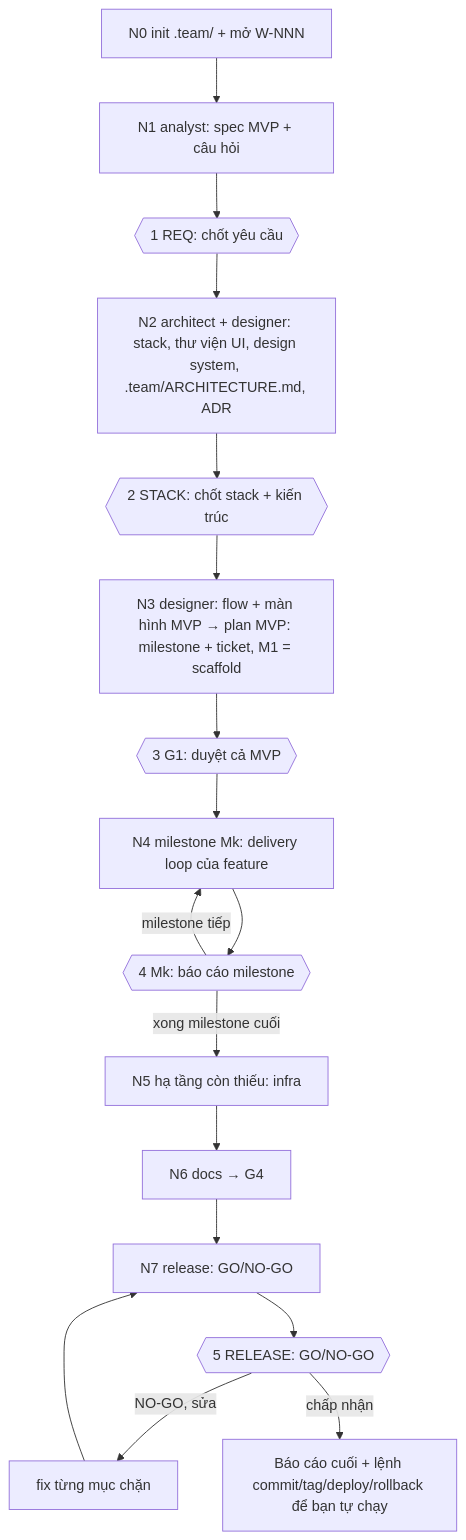
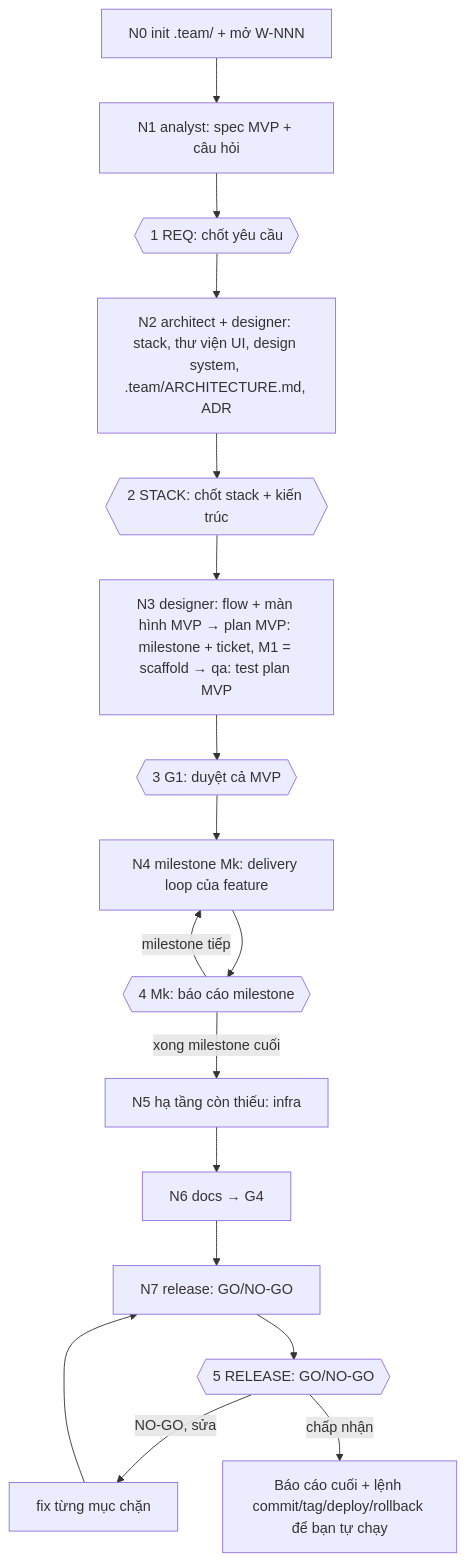
The third of 4 diagrams in README.md (Tuan-Quyen/technical-teams), drawn with Mermaid before and after one commit. The commit also changed other lines of this file and 20 other files, not shown here.

````diff
--- a/README.md
+++ b/README.md
@@ -265,18 +264,18 @@
 ```mermaid
 flowchart TD
   N0[N0 init .team/ + mở W-NNN] --> N1[N1 analyst: spec MVP + câu hỏi]
   N1 --> REQ{{1 REQ: chốt yêu cầu}}
   REQ --> N2[N2 architect + designer: stack, thư viện UI, design system, .team/ARCHITECTURE.md, ADR]
   N2 --> STACK{{2 STACK: chốt stack + kiến trúc}}
-  STACK --> N3[N3 designer: flow + màn hình MVP → plan MVP: milestone + ticket, M1 = scaffold]
+  STACK --> N3[N3 designer: flow + màn hình MVP → plan MVP: milestone + ticket, M1 = scaffold → qa: test plan MVP]
   N3 --> G1{{3 G1: duyệt cả MVP}}
   G1 --> N4[N4 milestone Mk: delivery loop của feature]
   N4 --> MK{{4 Mk: báo cáo milestone}}
   MK -- milestone tiếp --> N4
   MK -- xong milestone cuối --> N5[N5 hạ tầng còn thiếu: infra]
   N5 --> N6[N6 docs → G4]
   N6 --> N7[N7 release: GO/NO-GO]
   N7 --> REL{{5 RELEASE: GO/NO-GO}}
   REL -- NO-GO, sửa --> FX[fix từng mục chặn] --> N7
   REL -- chấp nhận --> END[Báo cáo cuối + lệnh commit/tag/deploy/rollback để bạn tự chạy]
 ```
````
